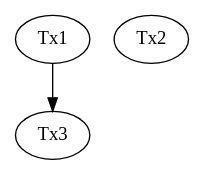
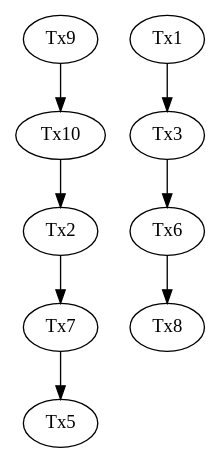
The diagram in project_cpp/src/dag_output.dot (SohamW101/Parallel-Transaction-Scheduling-using-DAG-based-Dependency-Resolution), drawn with Graphviz before and after one commit. The commit also changed 15 other files, not shown here.

Commit message:
Added graph visualisation interface

```diff
--- a/project_cpp/src/dag_output.dot
+++ b/project_cpp/src/dag_output.dot
@@ -1,6 +1,9 @@
-digraph DAG {
-    "Tx3";
-    "Tx2";
-    "Tx1";
+digraph G {
+    "Tx10" -> "Tx2";
+    "Tx7" -> "Tx5";
+    "Tx6" -> "Tx8";
+    "Tx9" -> "Tx10";
+    "Tx3" -> "Tx6";
+    "Tx2" -> "Tx7";
     "Tx1" -> "Tx3";
 }
```
